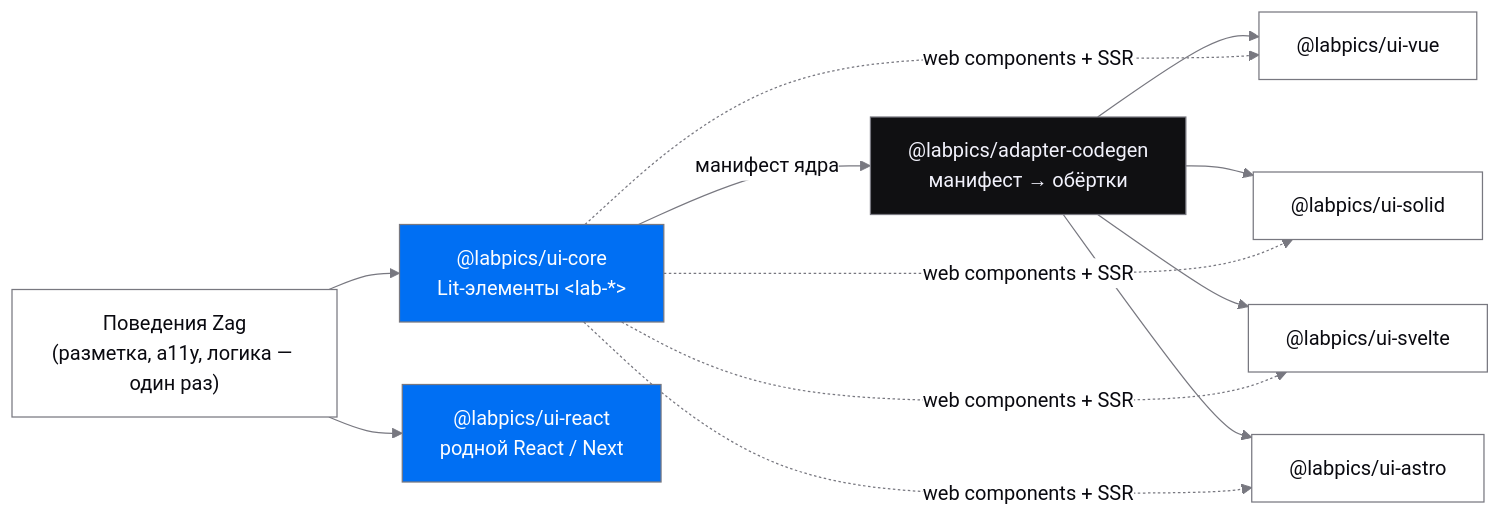
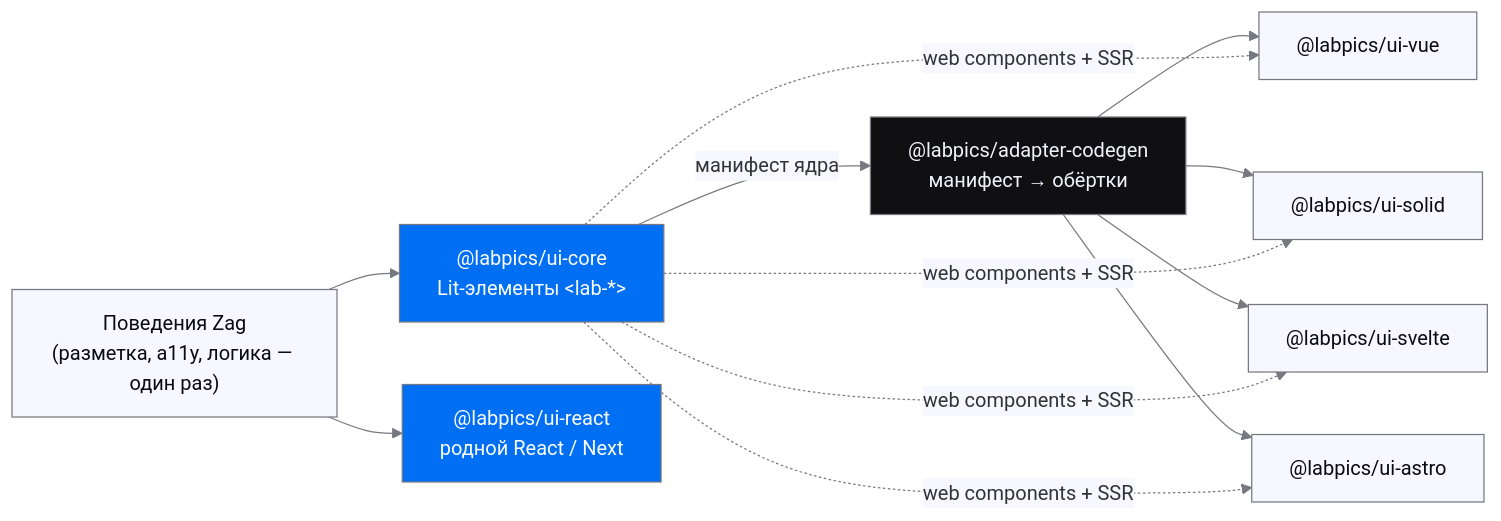
Before and after one commit to Labpics-Team/labui: the first of 2 diagrams in README.md, drawn with Mermaid. The commit also changed other lines of this file, not shown here.

Commit message:
docs(readme): привести mermaid-схемы к канону README-волны (init, classDef node #F7F7FF, edgeLabelBackground #F7F7FF)

````diff
--- a/README.md
+++ b/README.md
@@ -23,27 +23,29 @@
 ```mermaid
-%%{init: {"theme":"base","themeVariables":{
-  "primaryColor":"#FFFFFF","primaryTextColor":"#0A0A10","primaryBorderColor":"#787880",
-  "lineColor":"#787880","textColor":"#787880",
-  "clusterBkg":"transparent","clusterBorder":"#787880",
-  "edgeLabelBackground":"#FFFFFF"}}}%%
+%%{init: {'theme':'base','themeVariables':{
+  'lineColor':'#787880','textColor':'#0A0A10',
+  'edgeLabelBackground':'#F7F7FF',
+  'clusterBkg':'transparent','clusterBorder':'#787880'
+}}}%%
 flowchart LR
   zag["Поведения Zag<br/>(разметка, a11y, логика — один раз)"]
   core["@labpics/ui-core<br/>Lit-элементы &lt;lab-*&gt;"]
   react["@labpics/ui-react<br/>родной React / Next"]
   codegen["@labpics/adapter-codegen<br/>манифест → обёртки"]
   vue["@labpics/ui-vue"]
   solid["@labpics/ui-solid"]
   svelte["@labpics/ui-svelte"]
   astro["@labpics/ui-astro"]
 
   zag --> core
   zag --> react
   core -- "манифест ядра" --> codegen
   codegen --> vue & solid & svelte & astro
   core -. "web components + SSR" .-> vue & solid & svelte & astro
 
-  classDef brand fill:#006FF3,stroke:#787880,color:#FCFDFF
-  class core,react brand
-  classDef tool fill:#101012,stroke:#787880,color:#F2F2FC
-  class codegen tool
+  classDef node fill:#F7F7FF,stroke:#787880,color:#0A0A10
+  class zag,vue,solid,svelte,astro node
+  classDef accent fill:#006FF3,stroke:#787880,color:#FCFDFF
+  class core,react accent
+  classDef dark fill:#101012,stroke:#787880,color:#F2F2FC
+  class codegen dark
 ```
````
